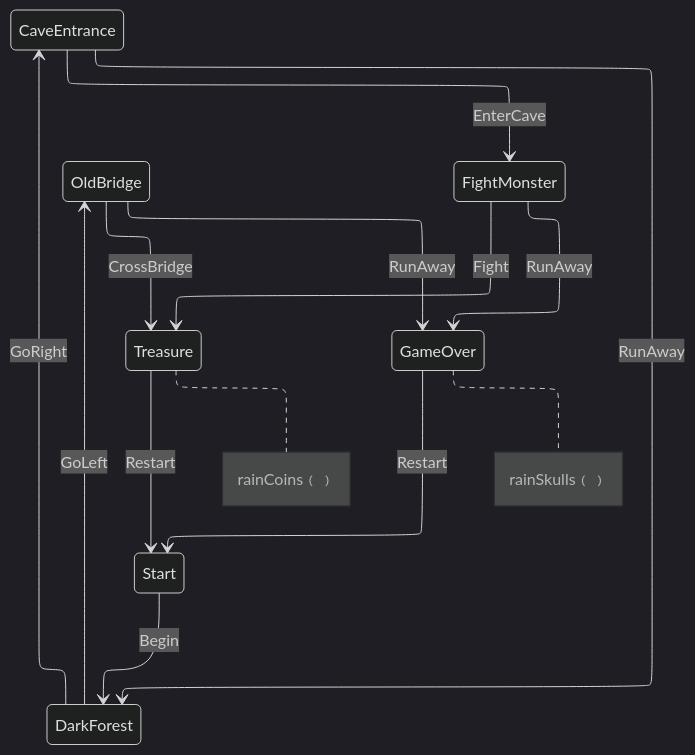
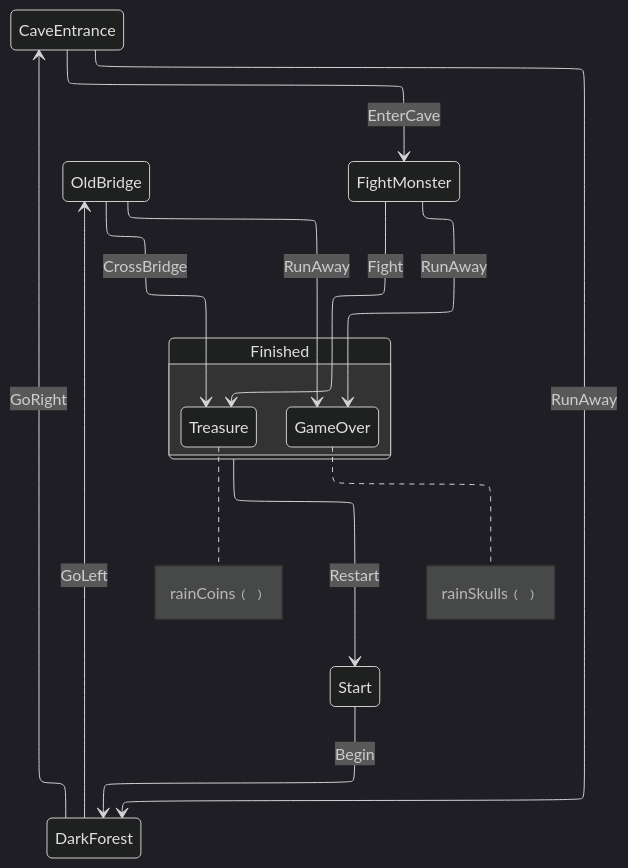
Before and after one commit to AdamWardVGP/KSM: the diagram in sample/ksmGraphs/stateMachine_AdventureState.mmd, drawn with Mermaid (dark theme). The commit also changed 15 other files, not shown here.

```diff
--- a/sample/ksmGraphs/stateMachine_AdventureState.mmd
+++ b/sample/ksmGraphs/stateMachine_AdventureState.mmd
@@ -1,22 +1,30 @@
 ---
 config:
   layout: elk
 ---
 stateDiagram-v2
+    Start
+    DarkForest
+    OldBridge
+    CaveEntrance
+    FightMonster
+    state Finished {
+        GameOver
+        Treasure
+    }
     Start --> DarkForest: Begin
     DarkForest --> OldBridge: GoLeft
     DarkForest --> CaveEntrance: GoRight
     OldBridge --> Treasure: CrossBridge
     OldBridge --> GameOver: RunAway
     CaveEntrance --> FightMonster: EnterCave
     CaveEntrance --> DarkForest: RunAway
     FightMonster --> Treasure: Fight
     FightMonster --> GameOver: RunAway
-    GameOver --> Start: Restart
-    Treasure --> Start: Restart
+    Finished --> Start: Restart
     note right of Treasure
         rainCoins﹙﹚
     end note
     note right of GameOver
         rainSkulls﹙﹚
     end note
```
